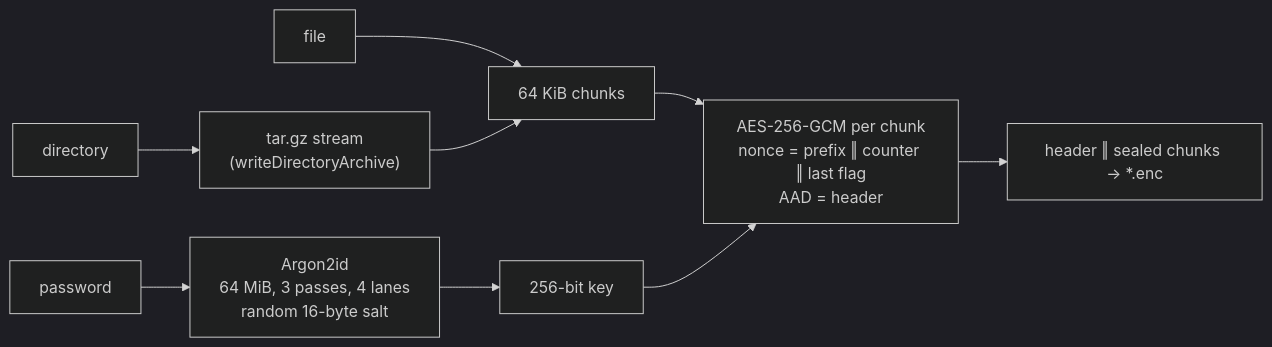
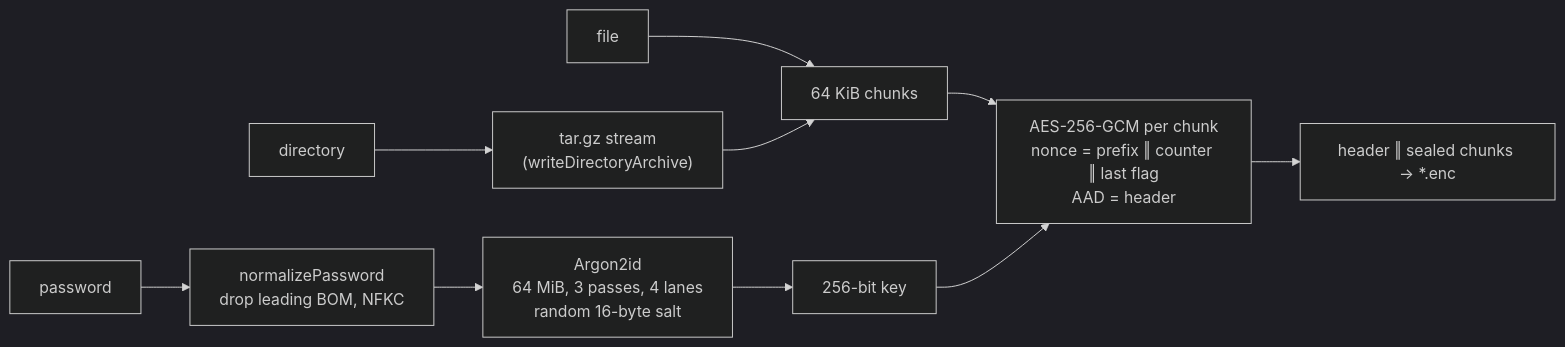
The second of 3 diagrams in intel/map.md (jabbott-iii/Cryptare), drawn with Mermaid (dark theme) before and after one commit. The commit also changed other lines of this file and 22 other files, not shown here.

````diff
--- a/intel/map.md
+++ b/intel/map.md
@@ -85,8 +87,8 @@
 ```mermaid
 flowchart LR
-  pw["password"] --> kdf["Argon2id<br/>64 MiB, 3 passes, 4 lanes<br/>random 16-byte salt"] --> key["256-bit key"]
+  pw["password"] --> nfkc["normalizePassword<br/>drop leading BOM, NFKC"] --> kdf["Argon2id<br/>64 MiB, 3 passes, 4 lanes<br/>random 16-byte salt"] --> key["256-bit key"]
   file["file"] --> chunks
   dir["directory"] --> tgz["tar.gz stream<br/>(writeDirectoryArchive)"] --> chunks
   chunks["64 KiB chunks"] --> gcm["AES-256-GCM per chunk<br/>nonce = prefix ‖ counter ‖ last flag<br/>AAD = header"]
   key --> gcm --> out["header ‖ sealed chunks → *.enc"]
 ```
````
